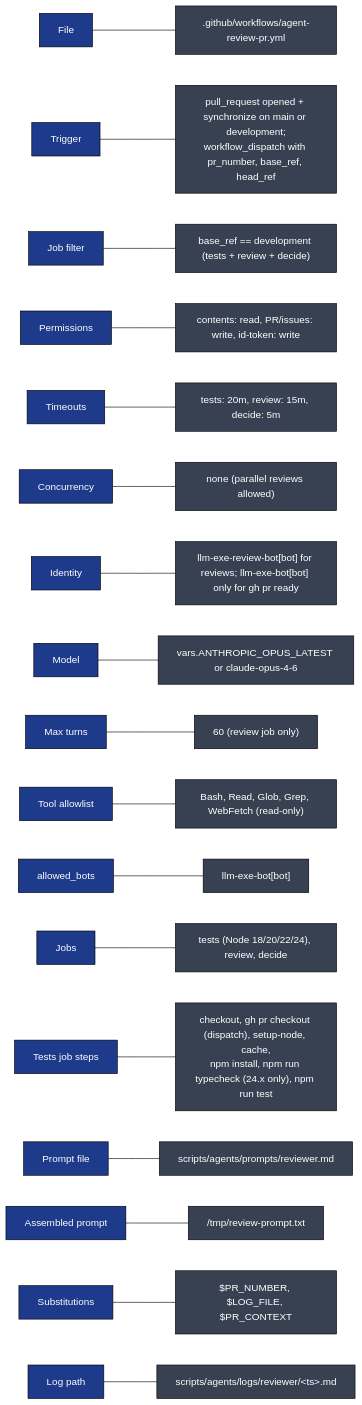
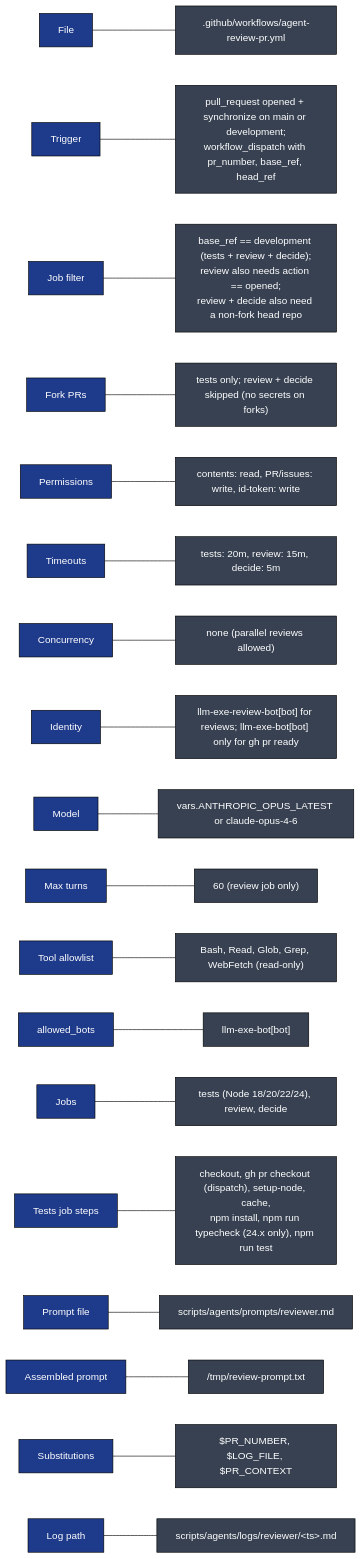
Before and after one commit to llm-exe/llm-exe: diagram 12 of 12 in .github/docs/AGENT_REVIEW_PR_DEEP_DIVE.md, drawn with Mermaid (forest theme). The commit also changed other lines of this file and 3 other files, not shown here.

First line of the commit message:
docs: sync review deep dive after agent-review-pr.yml fork guard

````diff
--- a/.github/docs/AGENT_REVIEW_PR_DEEP_DIVE.md
+++ b/.github/docs/AGENT_REVIEW_PR_DEEP_DIVE.md
@@ -596,23 +610,24 @@
 ```mermaid
 flowchart LR
     classDef k fill:#1e3a8a,color:#fff,stroke:#000
     classDef v fill:#374151,color:#fff,stroke:#000
 
     K1["File"]:::k --- V1[".github/workflows/agent-review-pr.yml"]:::v
     K2["Trigger"]:::k --- V2["pull_request opened + synchronize on main or development;\nworkflow_dispatch with pr_number, base_ref, head_ref"]:::v
-    K3["Job filter"]:::k --- V3["base_ref == development (tests + review + decide)"]:::v
+    K3["Job filter"]:::k --- V3["base_ref == development (tests + review + decide);\nreview also needs action == opened;\nreview + decide also need a non-fork head repo"]:::v
+    K3b["Fork PRs"]:::k --- V3b["tests only; review + decide skipped (no secrets on forks)"]:::v
     K4["Permissions"]:::k --- V4["contents: read, PR/issues: write, id-token: write"]:::v
     K5["Timeouts"]:::k --- V5["tests: 20m, review: 15m, decide: 5m"]:::v
     K6["Concurrency"]:::k --- V6["none (parallel reviews allowed)"]:::v
     K7["Identity"]:::k --- V7["llm-exe-review-bot[bot] for reviews; llm-exe-bot[bot] only for gh pr ready"]:::v
     K8["Model"]:::k --- V8["vars.ANTHROPIC_OPUS_LATEST or claude-opus-4-6"]:::v
     K9["Max turns"]:::k --- V9["60 (review job only)"]:::v
     K10["Tool allowlist"]:::k --- V10["Bash, Read, Glob, Grep, WebFetch (read-only)"]:::v
     K11["allowed_bots"]:::k --- V11["llm-exe-bot[bot]"]:::v
     K12["Jobs"]:::k --- V12["tests (Node 18/20/22/24), review, decide"]:::v
     K12b["Tests job steps"]:::k --- V12b["checkout, gh pr checkout (dispatch), setup-node, cache,\nnpm install, npm run typecheck (24.x only), npm run test"]:::v
     K13["Prompt file"]:::k --- V13["scripts/agents/prompts/reviewer.md"]:::v
     K14["Assembled prompt"]:::k --- V14["/tmp/review-prompt.txt"]:::v
     K15["Substitutions"]:::k --- V15["$PR_NUMBER, $LOG_FILE, $PR_CONTEXT"]:::v
     K16["Log path"]:::k --- V16["scripts/agents/logs/reviewer/&lt;ts&gt;.md"]:::v
 ```
````
